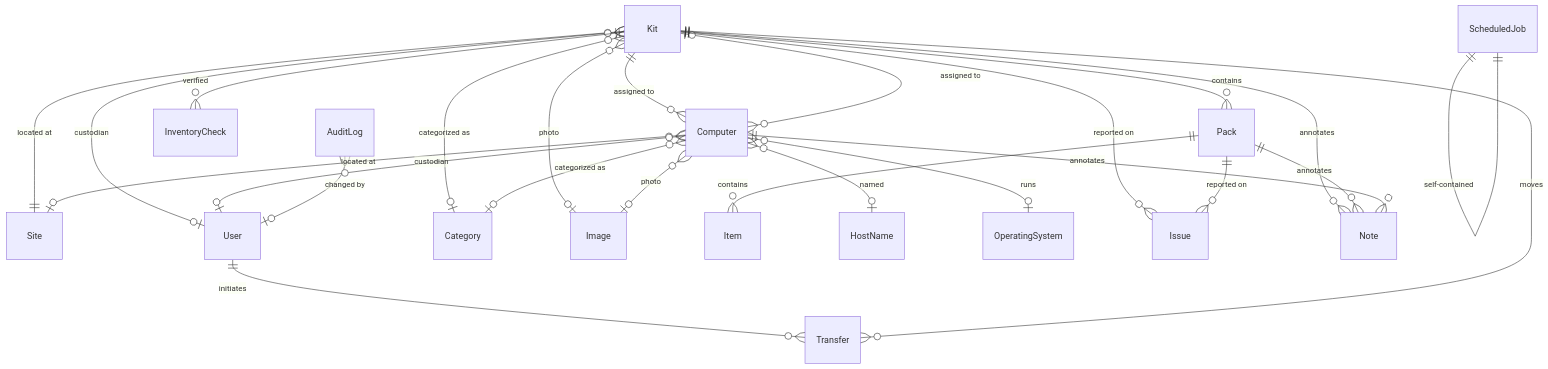
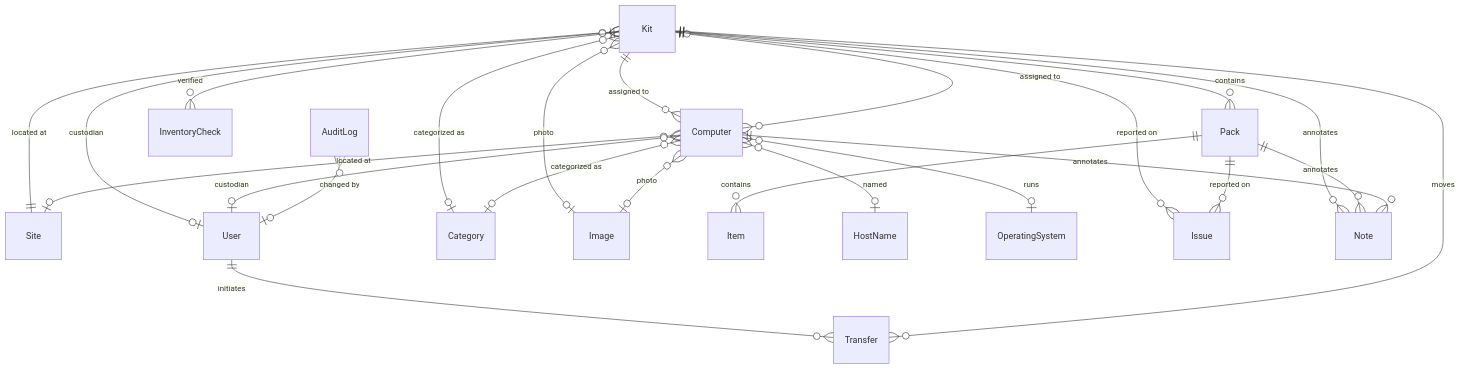
The second of 3 diagrams in docs/plans/architecture/architecture-002.md (league-infrastructure/inventory), drawn with Mermaid before and after one commit. The commit also changed other lines of this file and 12 other files, not shown here.

````diff
--- a/docs/plans/architecture/architecture-002.md
+++ b/docs/plans/architecture/architecture-002.md
@@ -272,34 +272,32 @@
 ```mermaid
 erDiagram
     Kit ||--o{ Pack : contains
     Kit ||--o{ Computer : "assigned to"
     Kit }o--|| Site : "located at"
     Kit }o--o| User : "custodian"
     Kit }o--o| Category : "categorized as"
     Kit }o--o| Image : "photo"
 
     Pack ||--o{ Item : contains
 
     Computer }o--o| Site : "located at"
     Computer }o--o| Kit : "assigned to"
     Computer }o--o| HostName : "named"
     Computer }o--o| OperatingSystem : runs
     Computer }o--o| User : "custodian"
     Computer }o--o| Category : "categorized as"
     Computer }o--o| Image : "photo"
 
     User ||--o{ Transfer : initiates
     Transfer }o--|| Kit : "moves"
 
     Kit ||--o{ InventoryCheck : verified
     Kit ||--o{ Issue : "reported on"
     Pack ||--o{ Issue : "reported on"
 
     Kit ||--o{ Note : "annotates"
     Pack ||--o{ Note : "annotates"
     Computer ||--o{ Note : "annotates"
 
     AuditLog }o--o| User : "changed by"
-
-    ScheduledJob ||--|| ScheduledJob : "self-contained"
 ```
````
